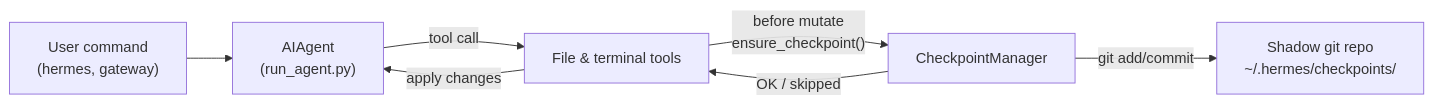
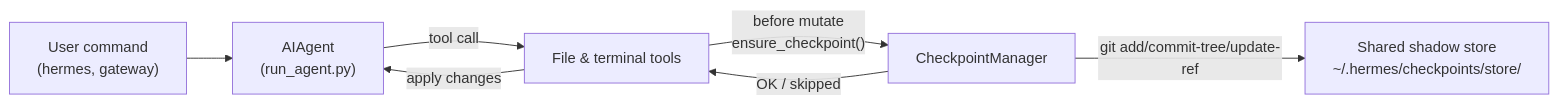
One commit to TrebuchetDynamics/gormes-agent changed the diagram in webpages/docs/content/upstream-hermes/user-guide/checkpoints-and-rollback.md. Above: the diagram before and after it, drawn with Mermaid. The commit also changed other lines of this file and 520 other files, not shown here.

````diff
--- a/webpages/docs/content/upstream-hermes/user-guide/checkpoints-and-rollback.md
+++ b/webpages/docs/content/upstream-hermes/user-guide/checkpoints-and-rollback.md
@@ -44,15 +71,15 @@
 ```mermaid
 flowchart LR
   user["User command\n(hermes, gateway)"]
   agent["AIAgent\n(run_agent.py)"]
   tools["File & terminal tools"]
   cpMgr["CheckpointManager"]
-  shadowRepo["Shadow git repo\n~/.hermes/checkpoints/<hash>"]
+  store["Shared shadow store\n~/.hermes/checkpoints/store/"]
 
   user --> agent
   agent -->|"tool call"| tools
   tools -->|"before mutate\nensure_checkpoint()"| cpMgr
-  cpMgr -->|"git add/commit"| shadowRepo
+  cpMgr -->|"git add/commit-tree/update-ref"| store
   cpMgr -->|"OK / skipped"| tools
   tools -->|"apply changes"| agent
 ```
````
